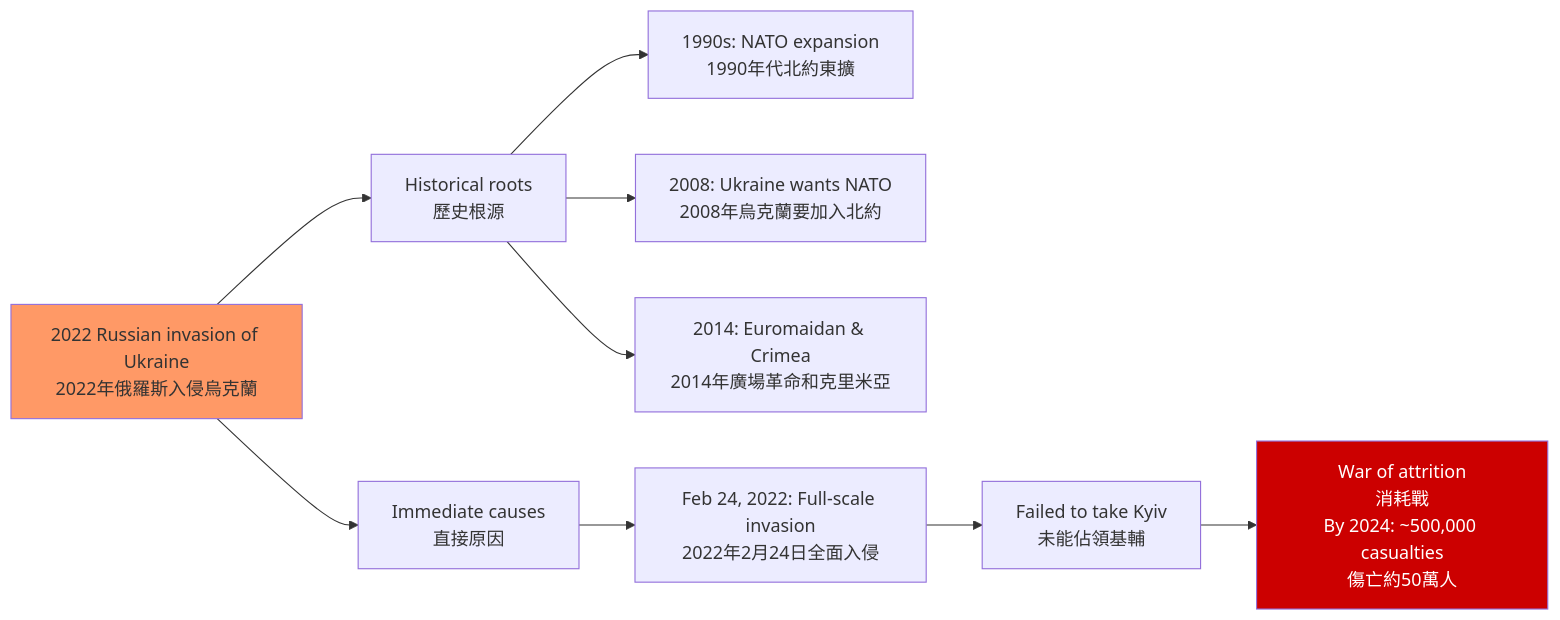
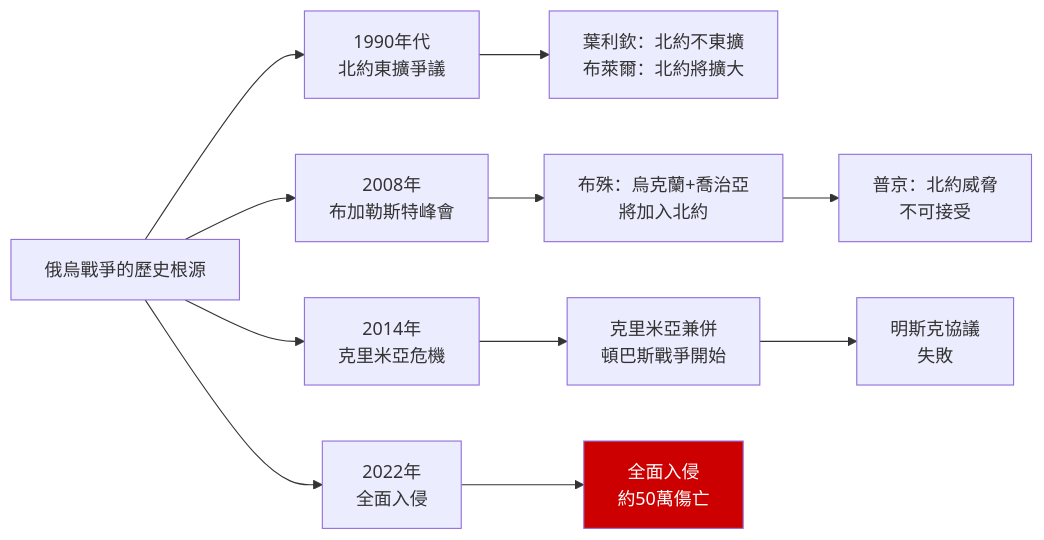
Before and after one commit to yip-lgtm/HKU-Harvard-History-Self-Study: the tenth of 10 diagrams in 01_HKU_Courses/HIST2103_Russian_State_and_Society.md, drawn with Mermaid. The commit also changed other lines of this file and 5 other files, not shown here.

````diff
--- a/01_HKU_Courses/HIST2103_Russian_State_and_Society.md
+++ b/01_HKU_Courses/HIST2103_Russian_State_and_Society.md
@@ -150,16 +464,19 @@
 ```mermaid
 graph LR
-    A[2022 Russian invasion of Ukraine<br/>2022年俄羅斯入侵烏克蘭] --> B[Historical roots<br/>歷史根源]
-    A --> C[Immediate causes<br/>直接原因]
+    A[俄烏戰爭的歷史根源] --> B[1990年代<br/>北約東擴爭議]
+    A --> C[2008年<br/>布加勒斯特峰會]
+    A --> D[2014年<br/>克里米亞危機]
+    A --> E[2022年<br/>全面入侵]
     
-    B --> B1[1990s: NATO expansion<br/>1990年代北約東擴]
-    B --> B2[2008: Ukraine wants NATO<br/>2008年烏克蘭要加入北約]
-    B --> B3[2014: Euromaidan & Crimea<br/>2014年廣場革命和克里米亞]
+    B --> B1[葉利欽：北約不東擴<br/>布萊爾：北約將擴大]
     
-    C --> C1[Feb 24, 2022: Full-scale invasion<br/>2022年2月24日全面入侵]
-    C1 --> C2[Failed to take Kyiv<br/>未能佔領基輔]
-    C2 --> C3[War of attrition<br/>消耗戰<br/>By 2024: ~500,000 casualties<br/>傷亡約50萬人]
+    C --> C1[布殊：烏克蘭+喬治亞<br/>將加入北約]
+    C1 --> C2[普京：北約威脅<br/>不可接受]
     
-    style A fill:#f96
-    style C3 fill:#c00,color:#fff
+    D --> D1[克里米亞兼併<br/>頓巴斯戰爭開始]
+    D1 --> D2[明斯克協議<br/>失敗]
+    
+    E --> E1[全面入侵<br/>約50萬傷亡]
+    
+    style E1 fill:#c00,color:#fff
 ```
````
